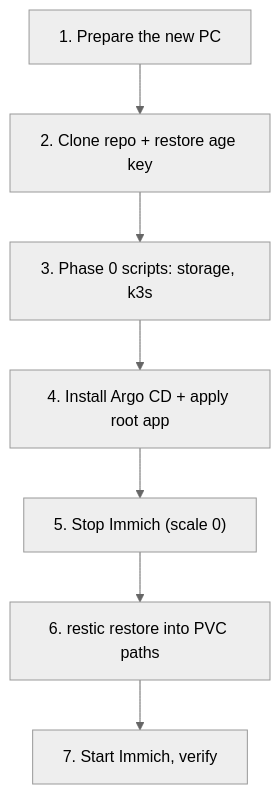
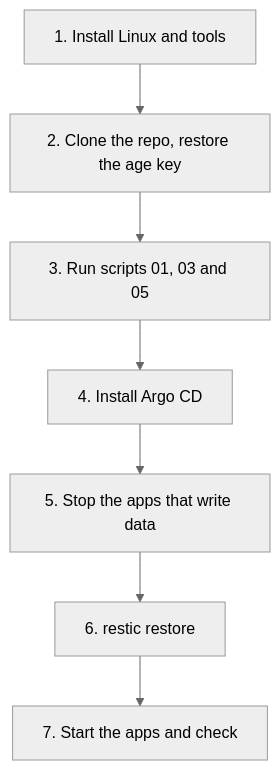
The diagram in docs/migrate-to-new-pc.md (rupeshofficedata/homelab), drawn with Mermaid (neutral theme) before and after one commit. The commit also changed other lines of this file and 47 other files, not shown here.

````diff
--- a/docs/migrate-to-new-pc.md
+++ b/docs/migrate-to-new-pc.md
@@ -18,9 +20,9 @@
 ```mermaid
 flowchart TD
-  a["1. Prepare the new PC"] --> b["2. Clone repo + restore age key"]
-  b --> c["3. Phase 0 scripts: storage, k3s"]
-  c --> d["4. Install Argo CD + apply root app"]
-  d --> e["5. Stop Immich (scale 0)"]
-  e --> f["6. restic restore into PVC paths"]
-  f --> g["7. Start Immich, verify"]
+  a["1. Install Linux and tools"] --> b["2. Clone the repo, restore the age key"]
+  b --> c["3. Run scripts 01, 03 and 05"]
+  c --> d["4. Install Argo CD"]
+  d --> e["5. Stop the apps that write data"]
+  e --> f["6. restic restore"]
+  f --> g["7. Start the apps and check"]
 ```
````
